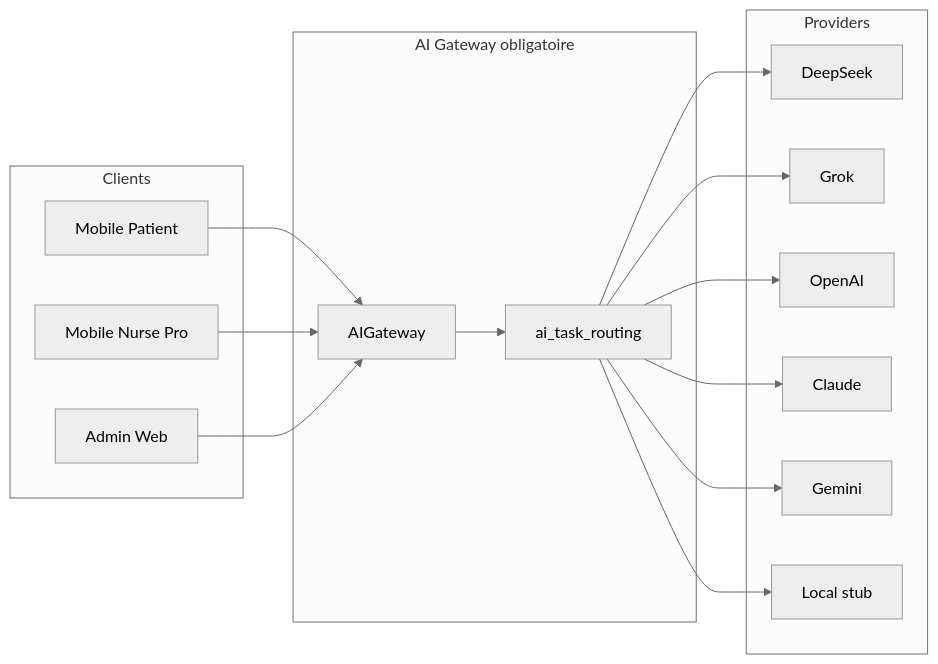
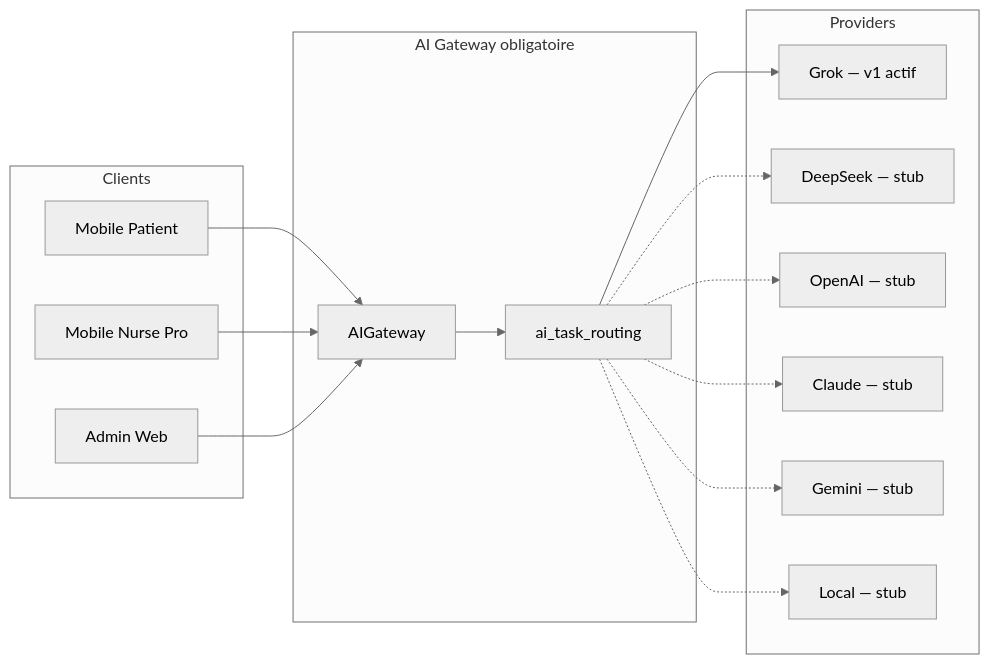
Before and after one commit to Startbizdev/oneandlabv2: the third of 4 diagrams in .cursor/plans/prompt_cary_v2_ia_66af59fd.plan.md, drawn with Mermaid (neutral theme). The commit also changed other lines of this file and 103 other files, not shown here.

````diff
--- a/.cursor/plans/prompt_cary_v2_ia_66af59fd.plan.md
+++ b/.cursor/plans/prompt_cary_v2_ia_66af59fd.plan.md
@@ -324,30 +402,30 @@
 ```mermaid
 flowchart LR
   subgraph clients [Clients]
     MP[Mobile Patient]
     MN[Mobile Nurse Pro]
     AD[Admin Web]
   end
   subgraph gateway [AI Gateway obligatoire]
     GW[AIGateway]
     RT[ai_task_routing]
   end
   subgraph providers [Providers]
-    DS[DeepSeek]
-    GK[Grok]
-    OAI[OpenAI]
-    CL[Claude]
-    GM[Gemini]
-    LOC[Local stub]
+    GK["Grok — v1 actif"]
+    DS[DeepSeek — stub]
+    OAI[OpenAI — stub]
+    CL[Claude — stub]
+    GM[Gemini — stub]
+    LOC[Local — stub]
   end
   MP --> GW
   MN --> GW
   AD --> GW
   GW --> RT
-  RT --> DS
   RT --> GK
-  RT --> OAI
-  RT --> CL
-  RT --> GM
-  RT --> LOC
+  RT -.-> DS
+  RT -.-> OAI
+  RT -.-> CL
+  RT -.-> GM
+  RT -.-> LOC
 ```
````
